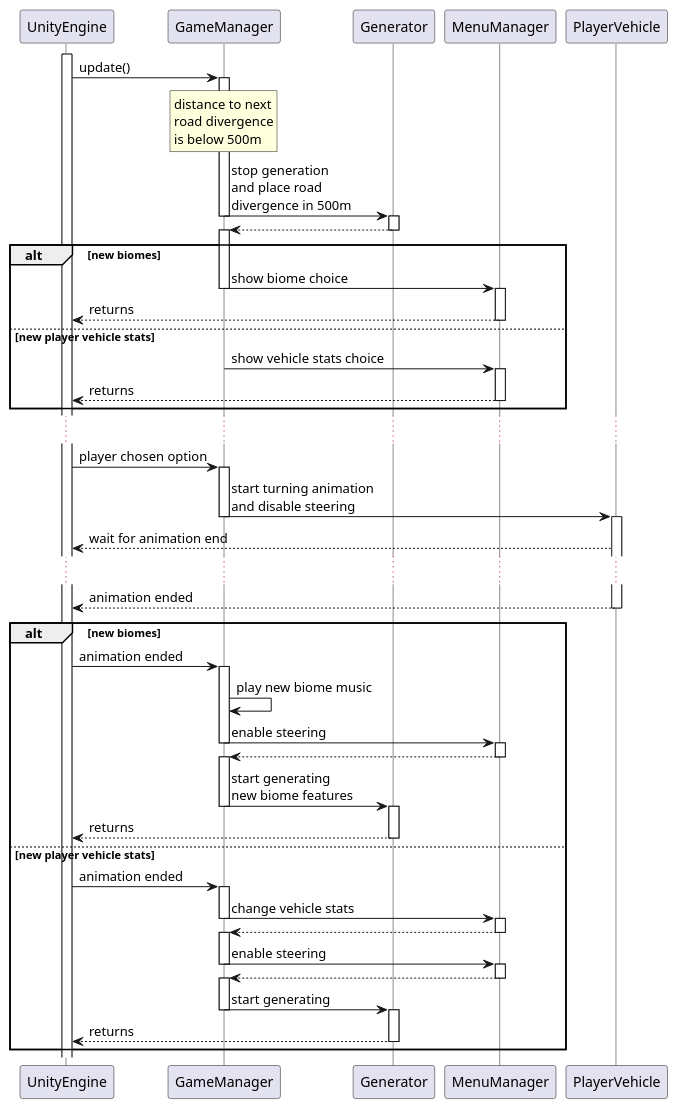
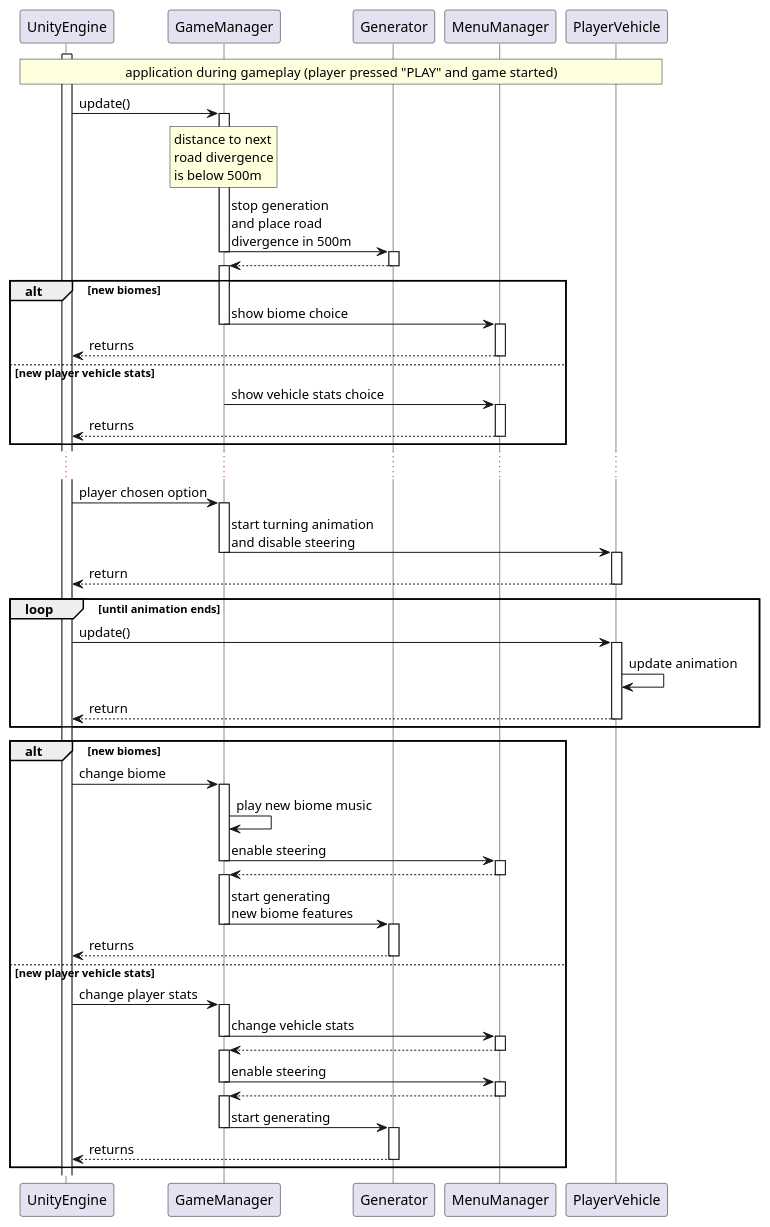
The diagram in UML/change_sequence_diagram.puml (CKTA00/Robbery_Rush_UML), drawn with PlantUML before and after one commit. The commit also changed 3 other files, not shown here.

```diff
--- a/UML/change_sequence_diagram.puml
+++ b/UML/change_sequence_diagram.puml
@@ -1,50 +1,54 @@
 @startuml
 'https://plantuml.com/sequence-diagram
 
 skinparam lifelineStrategy solid
 participant UnityEngine
 activate UnityEngine
+rnote across: application during gameplay (player pressed "PLAY" and game started)
+
 UnityEngine -> GameManager ++: update()
 rnote over GameManager: distance to next\nroad divergence\nis below 500m
 GameManager -> Generator --++: stop generation\nand place road\ndivergence in 500m
 GameManager <-- Generator --++:
 
 
 alt new biomes
     GameManager -> MenuManager --++: show biome choice
     UnityEngine <-- MenuManager --: returns
 else new player vehicle stats
     GameManager -> MenuManager --++: show vehicle stats choice
     UnityEngine <-- MenuManager --: returns
 end
 
 ...
 UnityEngine -> GameManager ++: player chosen option
 GameManager -> PlayerVehicle --++: start turning animation\nand disable steering
-UnityEngine <-- PlayerVehicle: wait for animation end
-...
-UnityEngine <-- PlayerVehicle--: animation ended
-
+UnityEngine <-- PlayerVehicle --: return
+loop until animation ends
+    UnityEngine -> PlayerVehicle ++:update()
+    PlayerVehicle -> PlayerVehicle: update animation
+    UnityEngine <-- PlayerVehicle --:return
+end
 alt new biomes
-UnityEngine -> GameManager ++: animation ended
+UnityEngine -> GameManager ++: change biome
     GameManager -> GameManager: play new biome music
     GameManager -> MenuManager --++: enable steering
     GameManager <-- MenuManager --++:
     GameManager -> Generator --++: start generating\nnew biome features
     UnityEngine <-- Generator --: returns
 
 else new player vehicle stats
-    UnityEngine -> GameManager ++: animation ended
+    UnityEngine -> GameManager ++: change player stats
     GameManager -> MenuManager --++: change vehicle stats
     GameManager <-- MenuManager --++:
     GameManager -> MenuManager --++: enable steering
     GameManager <-- MenuManager --++:
     GameManager -> Generator --++: start generating
     UnityEngine <-- Generator --: returns
     'UnityEngine <-- MenuManager --: returns
 end
 
 
 
 
 @enduml
```
